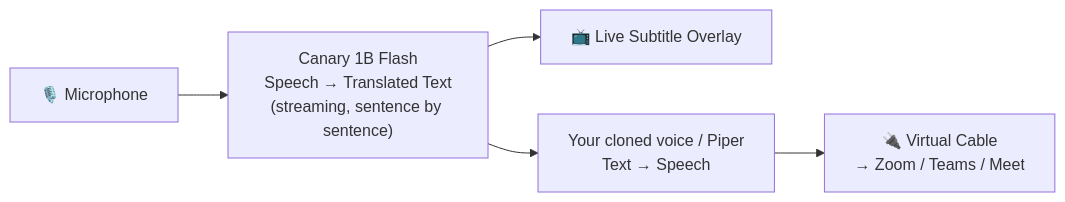
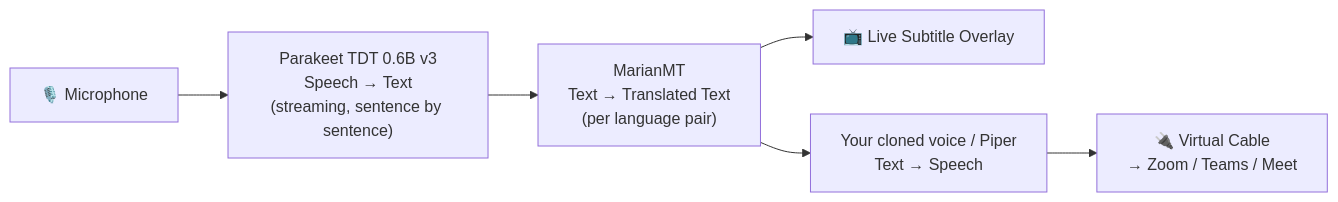
The first of 2 diagrams in README.md (NBS282/LiveTranslate), drawn with Mermaid before and after one commit. The commit also changed other lines of this file and 3 other files, not shown here.

````diff
--- a/README.md
+++ b/README.md
@@ -47,7 +47,8 @@
 ```mermaid
 flowchart LR
-    A["🎙️ Microphone"] --> B["Canary 1B Flash\nSpeech → Translated Text\n(streaming, sentence by sentence)"]
-    B --> D["📺 Live Subtitle Overlay"]
-    B --> E["Your cloned voice / Piper\nText → Speech"]
+    A["🎙️ Microphone"] --> B["Parakeet TDT 0.6B v3\nSpeech → Text\n(streaming, sentence by sentence)"]
+    B --> C["MarianMT\nText → Translated Text\n(per language pair)"]
+    C --> D["📺 Live Subtitle Overlay"]
+    C --> E["Your cloned voice / Piper\nText → Speech"]
     E --> F["🔌 Virtual Cable\n→ Zoom / Teams / Meet"]
 ```
````
